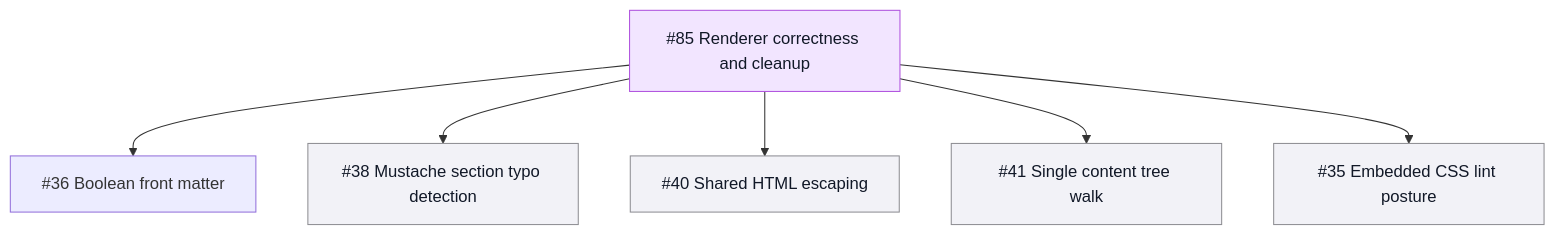
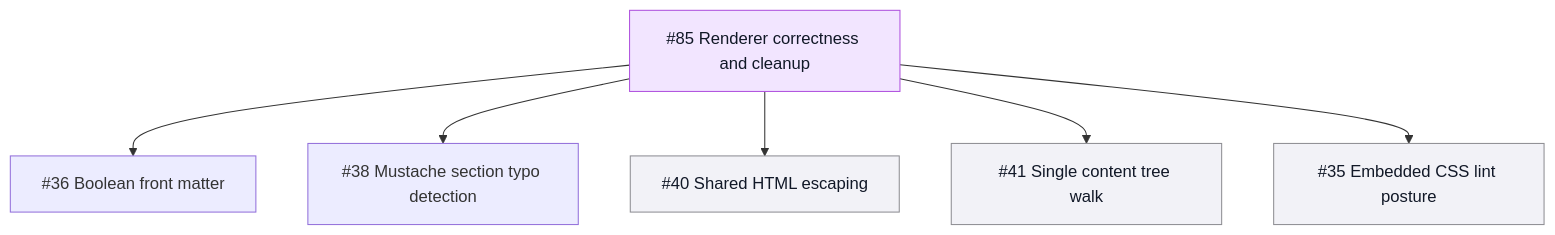
One commit to TileDown/tile-down changed the eighth of 9 diagrams in README.md. Above: the diagram before and after it, drawn with Mermaid. The commit also changed 7 other files, not shown here.

````diff
--- a/README.md
+++ b/README.md
@@ -172,12 +172,12 @@
 ```mermaid
 flowchart TD
   Epic["#85 Renderer correctness and cleanup"]:::epic
   Epic --> BooleanFM["#36 Boolean front matter"]:::done
-  Epic --> Mustache["#38 Mustache section typo detection"]:::todo
+  Epic --> Mustache["#38 Mustache section typo detection"]:::done
   Epic --> Escaping["#40 Shared HTML escaping"]:::todo
   Epic --> ContentWalk["#41 Single content tree walk"]:::todo
   Epic --> CSSLint["#35 Embedded CSS lint posture"]:::todo
 
   classDef epic fill:#f2e5ff,stroke:#af52de,color:#111827
   classDef todo fill:#f2f2f7,stroke:#8e8e93,color:#111827
 ```
````
